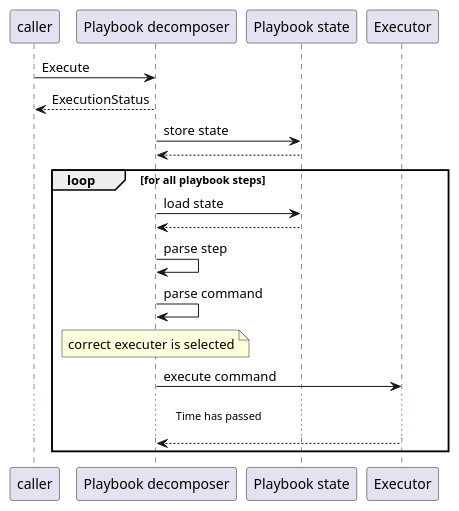
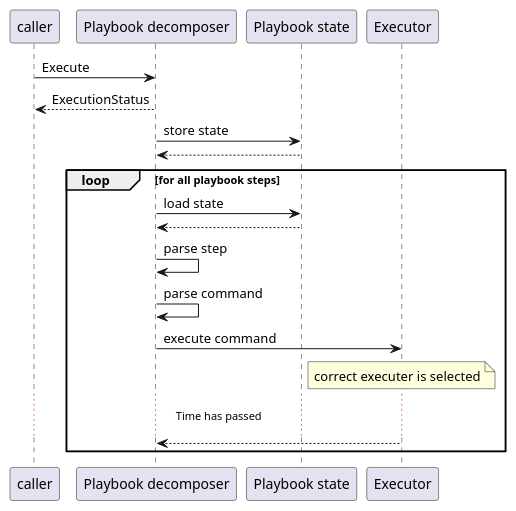
Before and after one commit to COSSAS/SOARCA: the third of 3 diagrams in doc/decomposer.adoc, drawn with PlantUML. The commit also changed 7 other files, not shown here.

```diff
--- a/doc/decomposer.adoc
+++ b/doc/decomposer.adoc
@@ -46,30 +46,31 @@
 [plantuml, target=soar-ca-playbook-decomposition]
 ....
 @startuml
 
 participant caller 
 participant "Playbook decomposer" as decomposer
 participant "Playbook state" as queue
 participant Executor as exe
 
 
 
 caller -> decomposer: Execute
 caller <-- decomposer: ExecutionStatus
 
 decomposer -> queue: store state
 decomposer <-- queue:
 
 loop for all playbook steps
     decomposer -> queue: load state
     decomposer <-- queue: 
     decomposer -> decomposer: parse step
     decomposer -> decomposer: parse command
-    note over decomposer: correct executer is selected
+   
     decomposer -> exe: execute command
+    note over exe: correct executer is selected
     ... Time has passed ...
     decomposer <-- exe
 end loop
 
 @enduml
 ....
```
